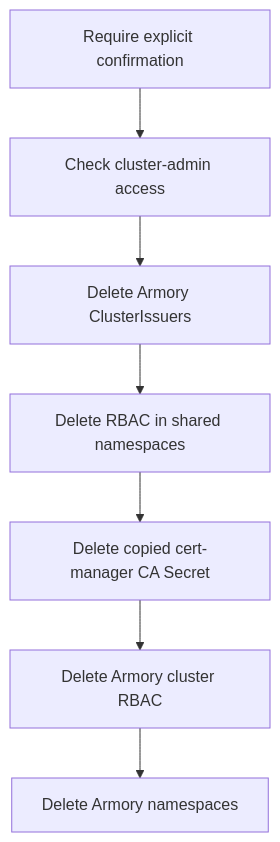
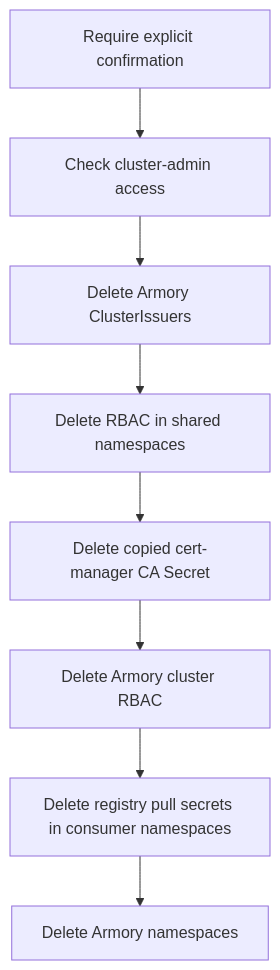
One commit to McIndi/project-armory changed the ninth of 10 diagrams in ansible/README.md. Above: the diagram before and after it, drawn with Mermaid. The commit also changed other lines of this file and 1 other file, not shown here.

Commit message:
Enhance teardown playbook to delete registry pull secrets from consumer namespaces

````diff
--- a/ansible/README.md
+++ b/ansible/README.md
@@ -968,9 +968,10 @@
 ```mermaid
 flowchart TD
     A[Require explicit confirmation] --> B[Check cluster-admin access]
     B --> C[Delete Armory ClusterIssuers]
     C --> D[Delete RBAC in shared namespaces]
     D --> E[Delete copied cert-manager CA Secret]
     E --> F[Delete Armory cluster RBAC]
-    F --> G[Delete Armory namespaces]
+    F --> G[Delete registry pull secrets in consumer namespaces]
+    G --> H[Delete Armory namespaces]
 ```
````
